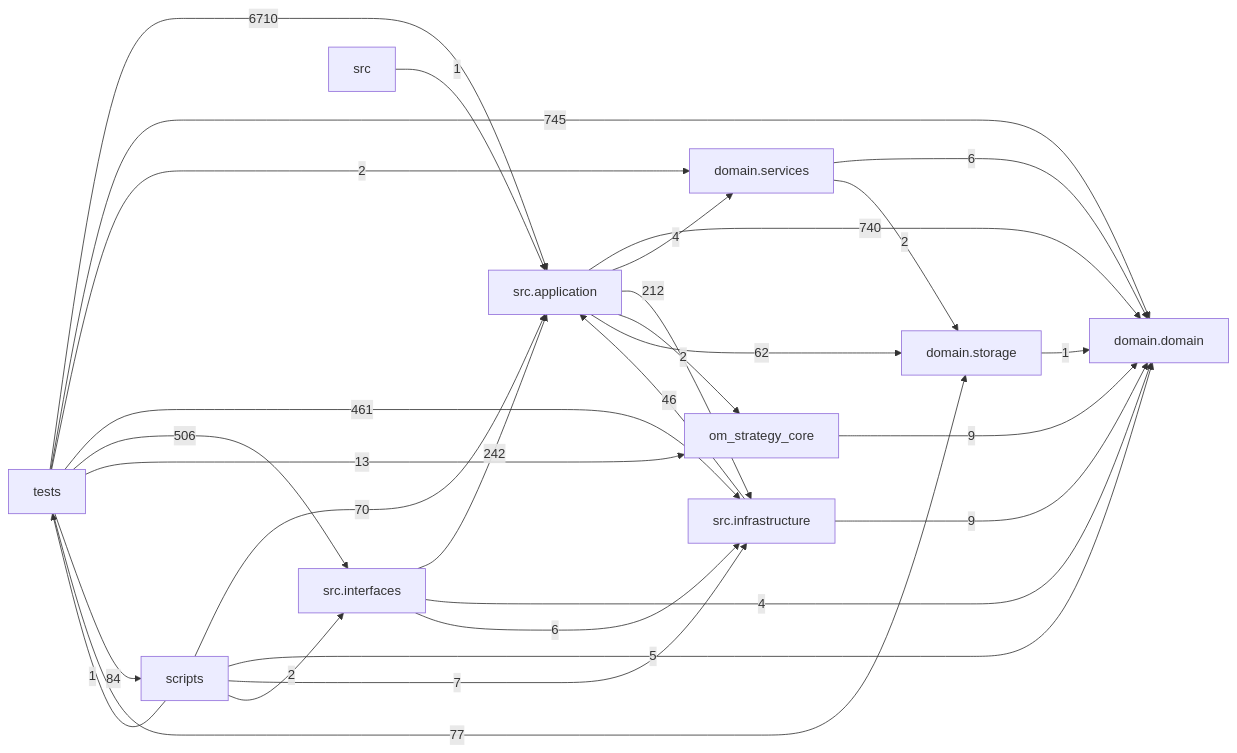
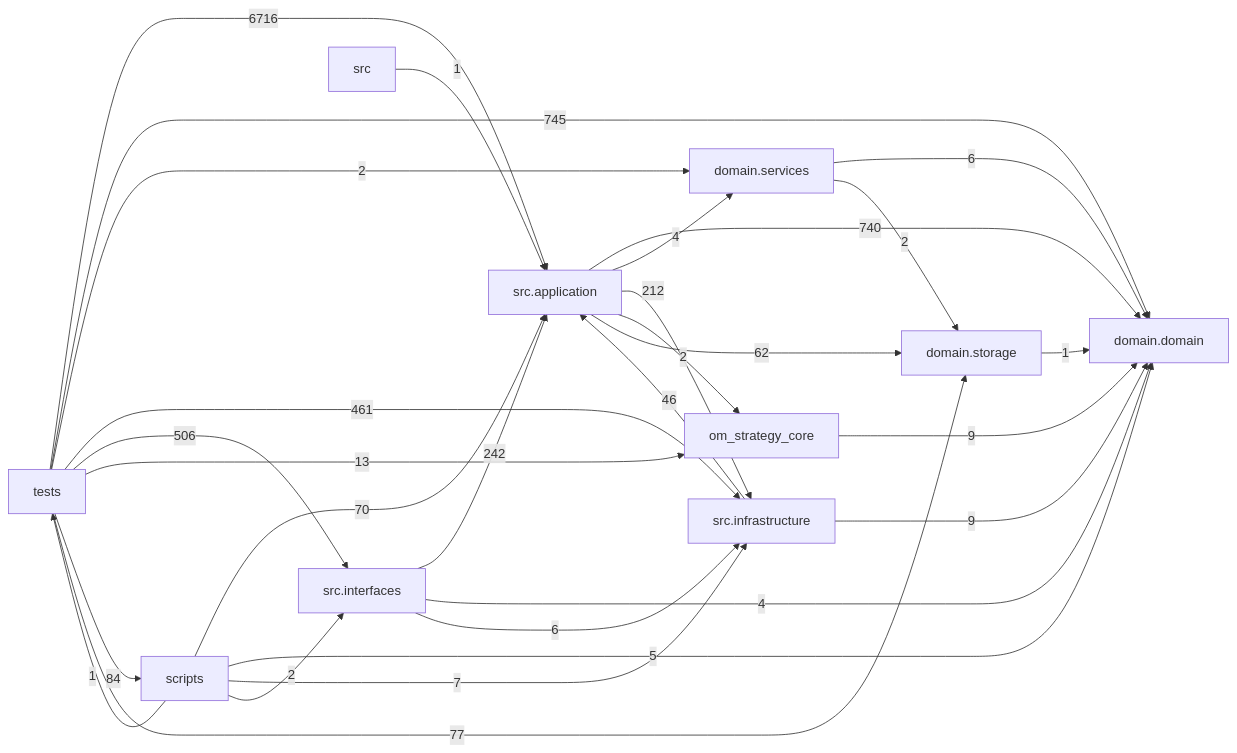
One commit to liuxie066/options-monitor changed the diagram in docs/DEPENDENCY_GRAPH.md. Above: the diagram before and after it, drawn with Mermaid. The commit also changed other lines of this file and 4 other files, not shown here.

````diff
--- a/docs/DEPENDENCY_GRAPH.md
+++ b/docs/DEPENDENCY_GRAPH.md
@@ -24,39 +24,39 @@
 ```mermaid
 flowchart LR
   tests["tests"]
   scripts["scripts"]
   interfaces["src.interfaces"]
   application["src.application"]
   infrastructure["src.infrastructure"]
   domain_services["domain.services"]
   domain["domain.domain"]
   storage["domain.storage"]
   application -->|740| domain
   application -->|4| domain_services
   application -->|212| infrastructure
   application -->|2| om_strategy_core
   application -->|62| storage
   domain_services -->|6| domain
   domain_services -->|2| storage
   infrastructure -->|46| application
   infrastructure -->|9| domain
   interfaces -->|242| application
   interfaces -->|4| domain
   interfaces -->|6| infrastructure
   om_strategy_core -->|9| domain
   scripts -->|70| application
   scripts -->|5| domain
   scripts -->|7| infrastructure
   scripts -->|2| interfaces
   scripts -->|1| tests
   src -->|1| application
   storage -->|1| domain
-  tests -->|6710| application
+  tests -->|6716| application
   tests -->|745| domain
   tests -->|2| domain_services
   tests -->|461| infrastructure
   tests -->|506| interfaces
   tests -->|13| om_strategy_core
   tests -->|84| scripts
   tests -->|77| storage
 ```
````
